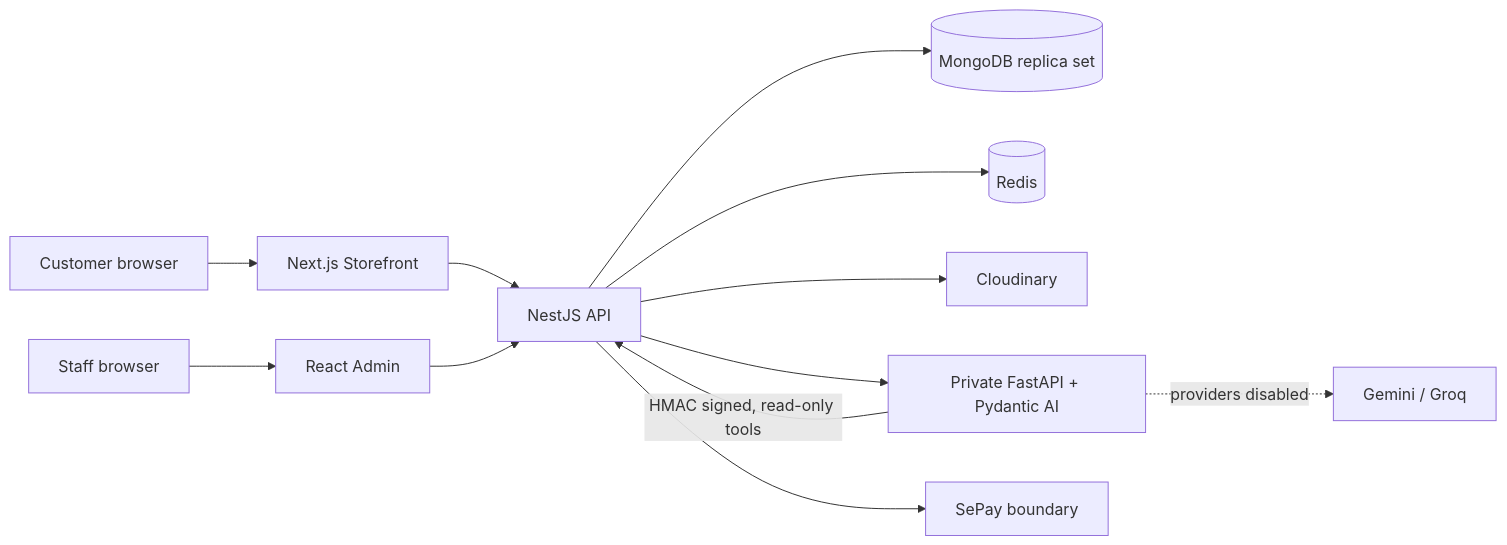
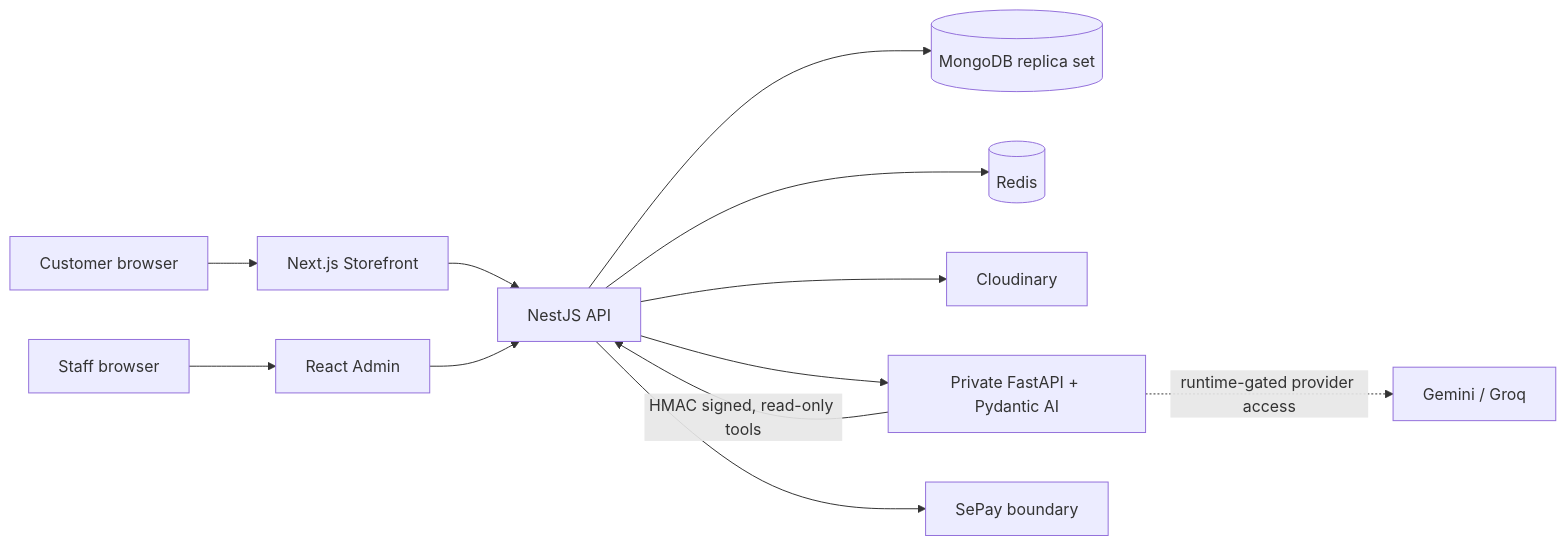
Before and after one commit to khanhlinhcode/farta-commerce: the diagram in README.md, drawn with Mermaid. The commit also changed other lines of this file and 2 other files, not shown here.

````diff
--- a/README.md
+++ b/README.md
@@ -46,14 +43,14 @@
 ```mermaid
 flowchart LR
   Browser[Customer browser] --> Storefront[Next.js Storefront]
   Staff[Staff browser] --> Admin[React Admin]
   Storefront --> API[NestJS API]
   Admin --> API
   API --> Mongo[(MongoDB replica set)]
   API --> Redis[(Redis)]
   API --> Cloudinary[Cloudinary]
   API --> AI[Private FastAPI + Pydantic AI]
-  AI -. providers disabled .-> Providers[Gemini / Groq]
+  AI -. runtime-gated provider access .-> Providers[Gemini / Groq]
   AI -->|HMAC signed, read-only tools| API
   API --> SePay[SePay boundary]
 ```
````
